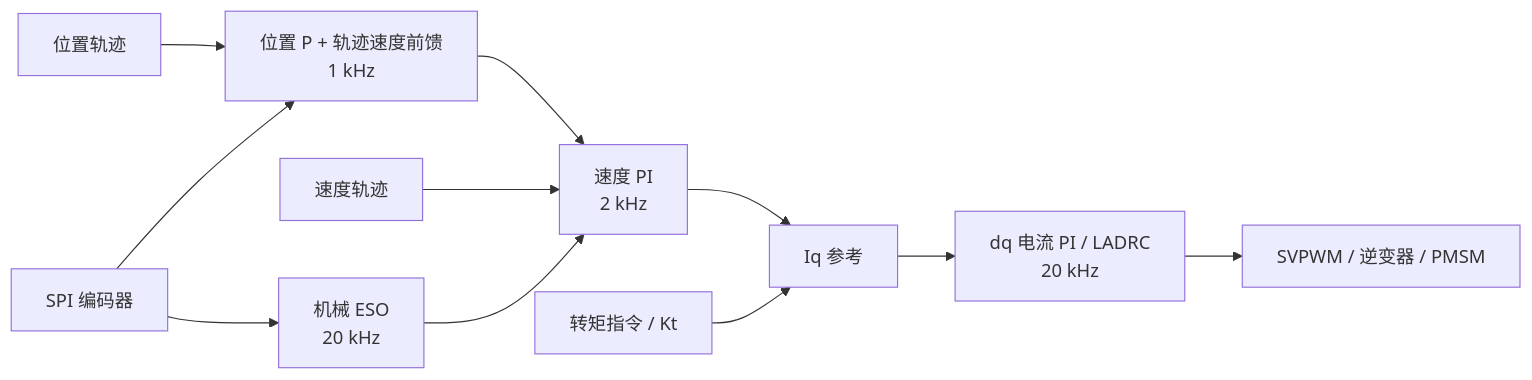
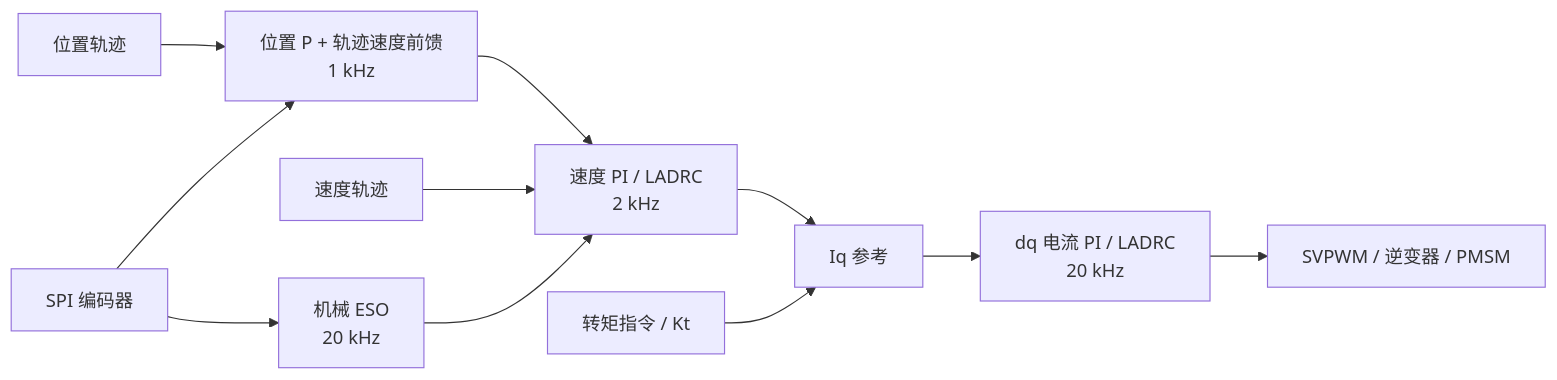
The diagram in README.md (BJKJKZHOU/AxDr_L_Motor), drawn with Mermaid before and after one commit. The commit also changed other lines of this file and 20 other files, not shown here.

```diff
--- a/README.md
+++ b/README.md
@@ -34,13 +34,13 @@
 ~~~mermaid
 flowchart LR
     P["位置轨迹"] --> PC["位置 P + 轨迹速度前馈<br/>1 kHz"]
     E["SPI 编码器"] --> PC
     E --> ESO["机械 ESO<br/>20 kHz"]
-    PC --> SC["速度 PI<br/>2 kHz"]
+    PC --> SC["速度 PI / LADRC<br/>2 kHz"]
     S["速度轨迹"] --> SC
     ESO --> SC
     SC --> IQ["Iq 参考"]
     T["转矩指令 / Kt"] --> IQ
     IQ --> CC["dq 电流 PI / LADRC<br/>20 kHz"]
     CC --> M["SVPWM / 逆变器 / PMSM"]
 ~~~
```
